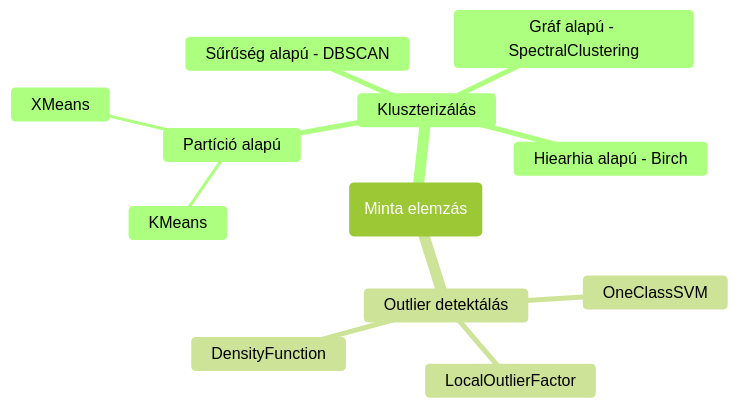
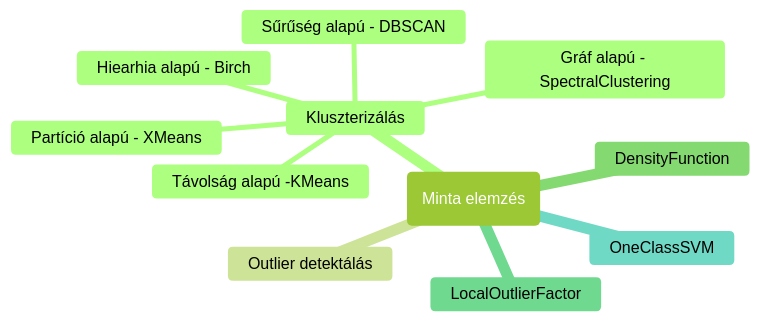
One commit to Fibutterfly/SplunkUserGroupMLTK changed the fifth of 7 diagrams in notes/210_mltk_eszközök.md. Above: the diagram before and after it, drawn with Mermaid (forest theme). The commit also changed other lines of this file and 1 other file, not shown here.

Commit message:
presentation end and theme

````diff
--- a/notes/210_mltk_eszközök.md
+++ b/notes/210_mltk_eszközök.md
@@ -127,15 +124,14 @@
 ```mermaid
 mindmap
-  root(Minta elemzás)
+  root(Minta elemzés)
     Kluszterizálás
-        Partíció alapú
-            KMeans
-            XMeans
-        Gráf alapú - SpectralClustering
-        Hiearhia alapú - Birch
-        Sűrűség alapú - DBSCAN
+      Partíció alapú - XMeans
+      Távolság alapú -KMeans		
+      Gráf alapú - SpectralClustering
+      Hiearhia alapú - Birch
+      Sűrűség alapú - DBSCAN
     Outlier detektálás
-        DensityFunction
-        LocalOutlierFactor
-        OneClassSVM
+    DensityFunction
+    LocalOutlierFactor
+    OneClassSVM
 ```
````
